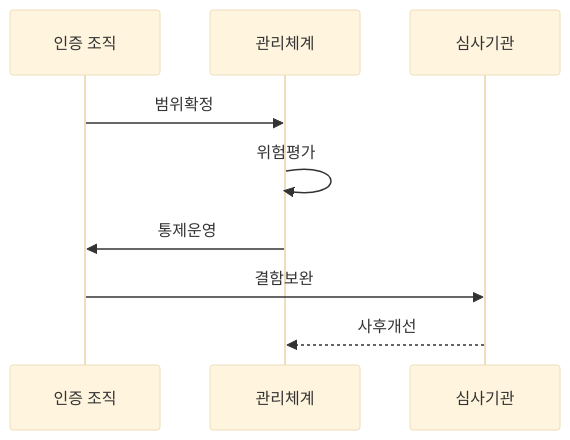
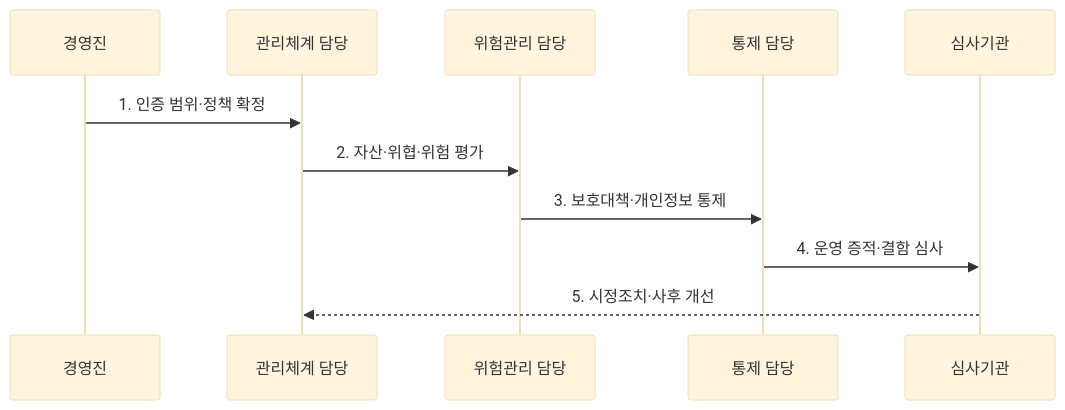
One commit to agnusdei1207/knowledge-base changed the second of 2 diagrams in src/content/docs/notes/05-security/103_isms_p.md. Above: the diagram before and after it, drawn with Mermaid (base theme). The commit also changed other lines of this file and 6 other files, not shown here.

````diff
--- a/src/content/docs/notes/05-security/103_isms_p.md
+++ b/src/content/docs/notes/05-security/103_isms_p.md
@@ -72,11 +77,13 @@
 ```mermaid
 sequenceDiagram
-  participant O as 인증 조직
-  participant M as 관리체계
+  participant O as 경영진
+  participant M as 관리체계 담당
+  participant R as 위험관리 담당
+  participant C as 통제 담당
   participant A as 심사기관
-  O->>M: 범위확정
-  M->>M: 위험평가
-  M->>O: 통제운영
-  O->>A: 결함보완
-  A-->>M: 사후개선
+  O->>M: 1. 인증 범위·정책 확정
+  M->>R: 2. 자산·위협·위험 평가
+  R->>C: 3. 보호대책·개인정보 통제
+  C->>A: 4. 운영 증적·결함 심사
+  A-->>M: 5. 시정조치·사후 개선
 ```
````
